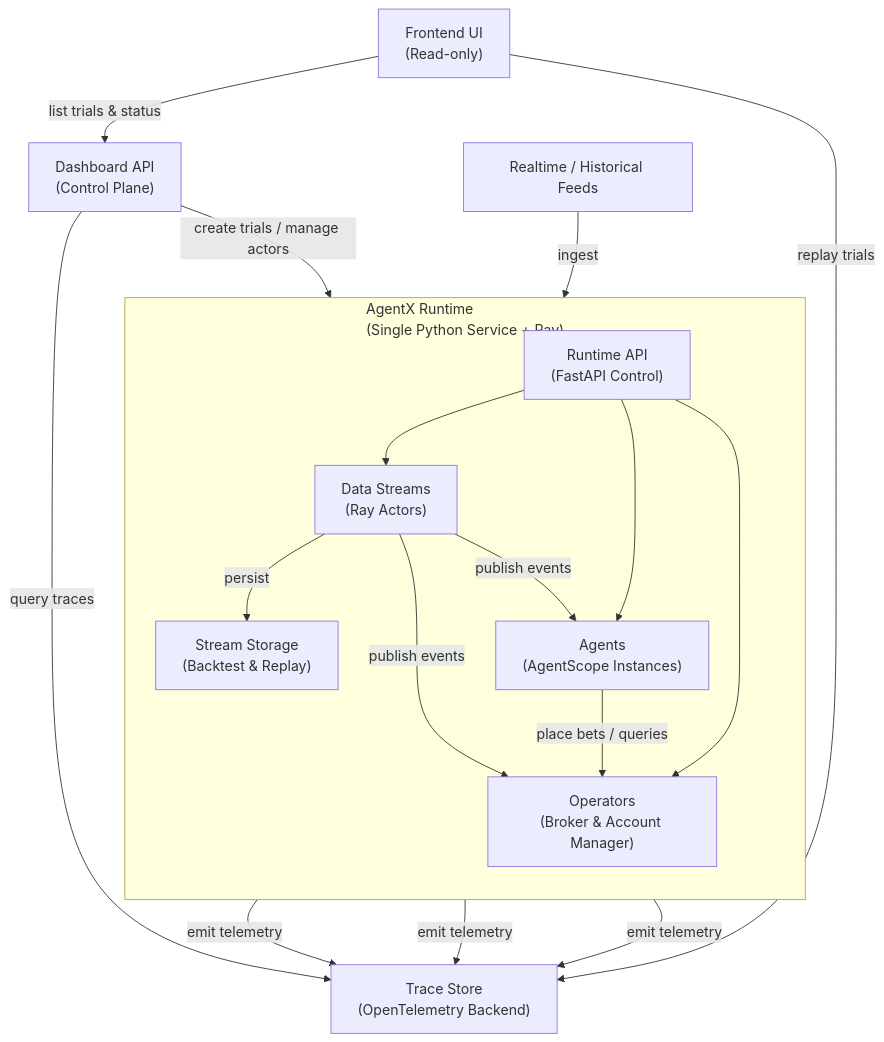
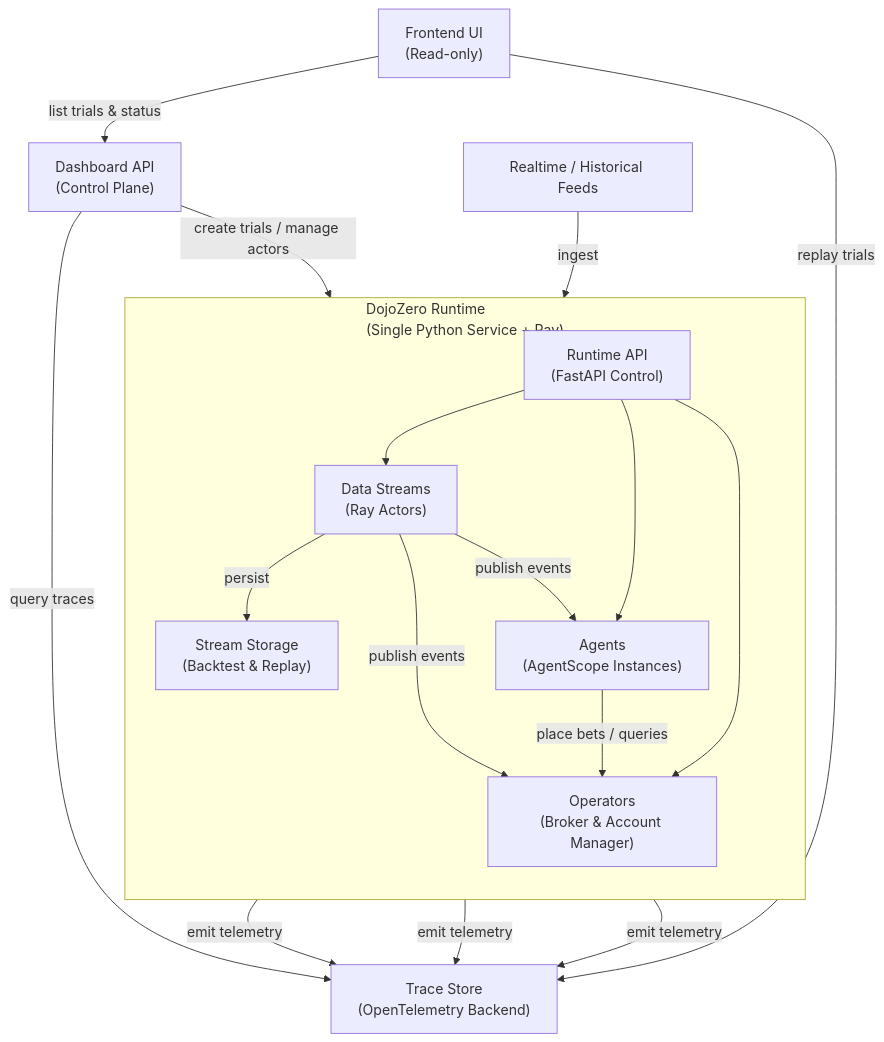
The diagram in design/2025-11-21-agent-x-poc.md (agentscope-ai/DojoZero), drawn with Mermaid before and after one commit. The commit also changed other lines of this file and 74 other files, not shown here.

````diff
--- a/design/2025-11-21-agent-x-poc.md
+++ b/design/2025-11-21-agent-x-poc.md
@@ -45,35 +45,35 @@
 ```mermaid
 flowchart TB
-    subgraph Runtime["AgentX Runtime<br/>(Single Python Service + Ray)"]
+    subgraph Runtime["DojoZero Runtime<br/>(Single Python Service + Ray)"]
         direction TB
         API["Runtime API<br/>(FastAPI Control)"]
         DS["Data Streams<br/>(Ray Actors)"]
         STORE["Stream Storage<br/>(Backtest & Replay)"]
         OP["Operators<br/>(Broker & Account Manager)"]
         AG["Agents<br/>(AgentScope Instances)"]
     end
 
     TRACE["Trace Store<br/>(OpenTelemetry Backend)"]
     DASH["Dashboard API<br/>(Control Plane)"]
     UI["Frontend UI<br/>(Read-only)"]
     FEEDS["Realtime / Historical Feeds"]
 
     FEEDS -->|ingest| DS
     DS -->|persist| STORE
     DS -->|publish events| AG
     DS -->|publish events| OP
     AG -->|place bets / queries| OP
 
     DS -->|emit telemetry| TRACE
     OP -->|emit telemetry| TRACE
     AG -->|emit telemetry| TRACE
 
     DASH -->|create trials / manage actors| API
     API --> DS
     API --> OP
     API --> AG
 
     DASH -->|query traces| TRACE
     UI -->|list trials & status| DASH
     UI -->|replay trials| TRACE
 ```
````
